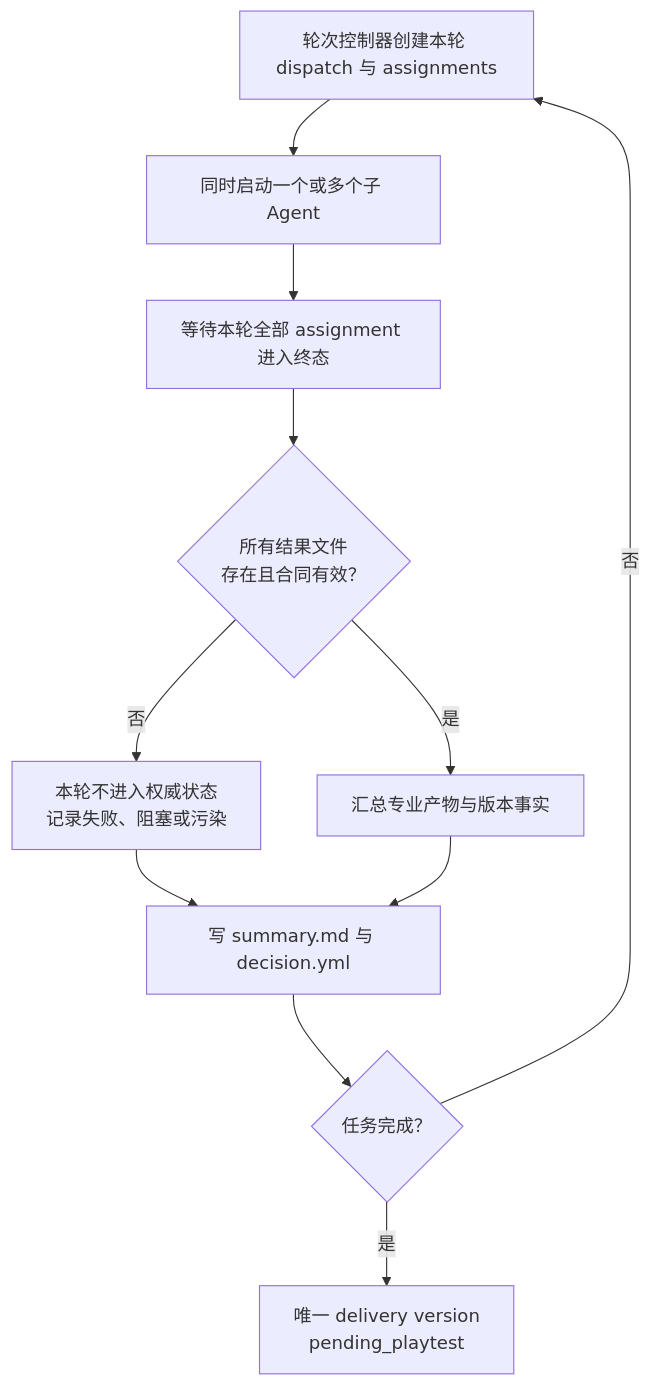
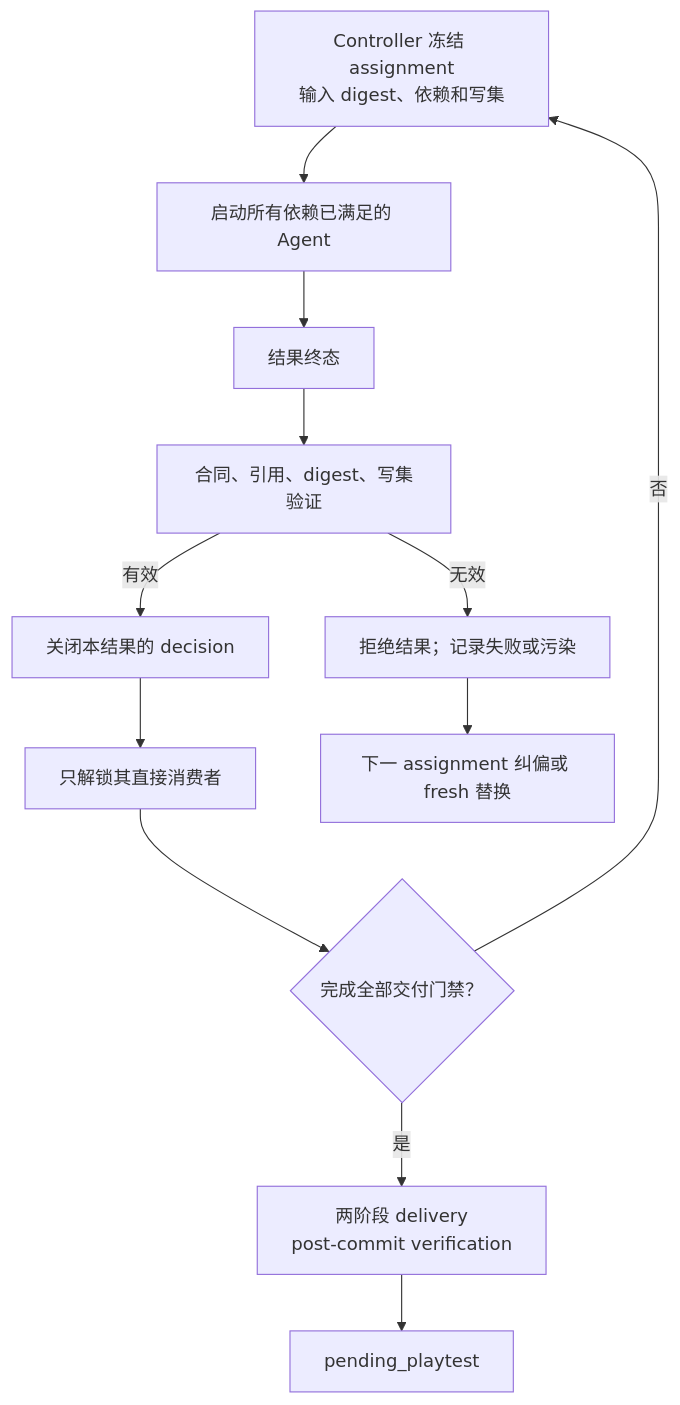
The first of 2 diagrams in docs/single-controller-level-design/README.md (tmc0210/puzzle-prototype-generator), drawn with Mermaid before and after one commit. The commit also changed other lines of this file and 13 other files, not shown here.

````diff
--- a/docs/single-controller-level-design/README.md
+++ b/docs/single-controller-level-design/README.md
@@ -60,13 +54,14 @@
 ```mermaid
 flowchart TD
-    A["轮次控制器创建本轮 dispatch 与 assignments"] --> B["同时启动一个或多个子 Agent"]
-    B --> C["等待本轮全部 assignment 进入终态"]
-    C --> D{"所有结果文件<br/>存在且合同有效？"}
-    D -->|"否"| E["本轮不进入权威状态<br/>记录失败、阻塞或污染"]
-    E --> F["写 summary.md 与 decision.yml"]
-    D -->|"是"| G["汇总专业产物与版本事实"]
-    G --> F
-    F --> H{"任务完成？"}
-    H -->|"否"| A
-    H -->|"是"| I["唯一 delivery version<br/>pending_playtest"]
+    A["Controller 冻结 assignment<br/>输入 digest、依赖和写集"] --> B["启动所有依赖已满足的 Agent"]
+    B --> C["结果终态"]
+    C --> D["合同、引用、digest、写集验证"]
+    D -->|"无效"| E["拒绝结果；记录失败或污染"]
+    D -->|"有效"| F["关闭本结果的 decision"]
+    F --> G["只解锁其直接消费者"]
+    E --> H["下一 assignment 纠偏或 fresh 替换"]
+    G --> I{"完成全部交付门禁？"}
+    I -->|"否"| A
+    I -->|"是"| J["两阶段 delivery<br/>post-commit verification"]
+    J --> K["pending_playtest"]
 ```
````
